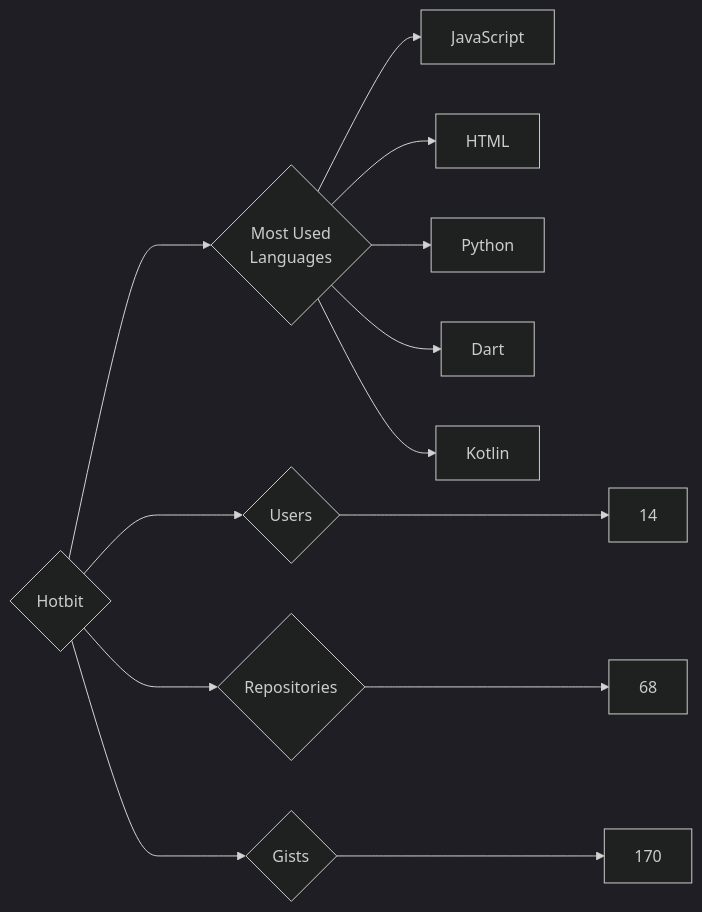
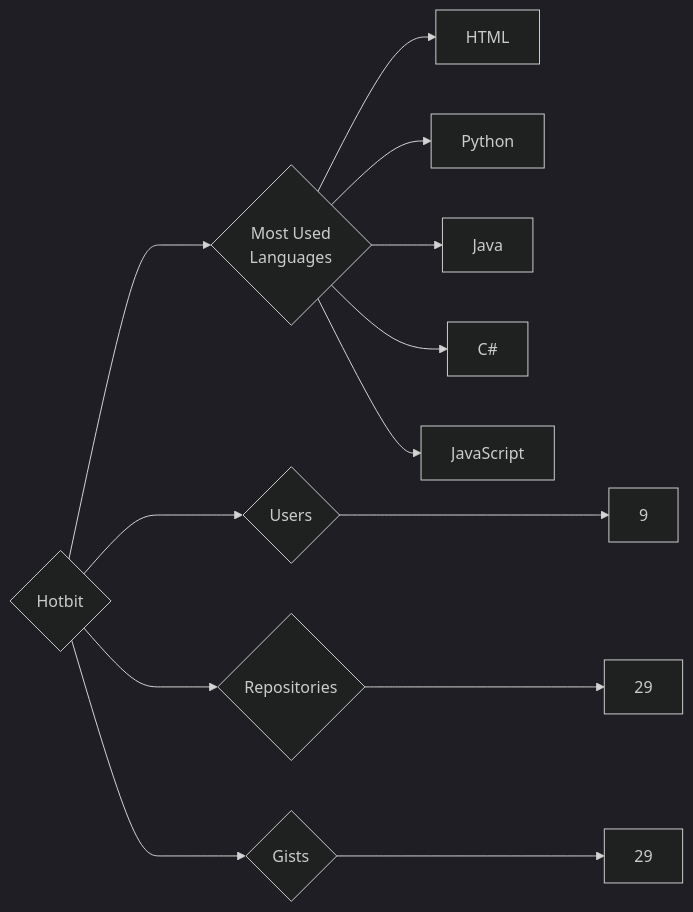
The diagram in targets/Hotbit/README.md (trickest/insiders), drawn with Mermaid (dark theme) before and after one commit. The commit also changed 1123 other files, not shown here.

````diff
--- a/targets/Hotbit/README.md
+++ b/targets/Hotbit/README.md
@@ -3,13 +3,13 @@
 ```mermaid
 graph LR
 COMPANY_NAME{Hotbit}
-COMPANY_NAME ---> U{Users} ---> UN[14]
-COMPANY_NAME ---> R{Repositories} ---> RN[68]
-COMPANY_NAME ---> G{Gists} ---> GN[170]
+COMPANY_NAME ---> U{Users} ---> UN[9]
+COMPANY_NAME ---> R{Repositories} ---> RN[29]
+COMPANY_NAME ---> G{Gists} ---> GN[29]
 COMPANY_NAME ---> ML{Most Used<br>Languages}
-ML --> JavaScript[JavaScript]
 ML --> HTML[HTML]
 ML --> Python[Python]
-ML --> Dart[Dart]
-ML --> Kotlin[Kotlin]
+ML --> Java[Java]
+ML --> C#[C#]
+ML --> JavaScript[JavaScript]
 ```
````
